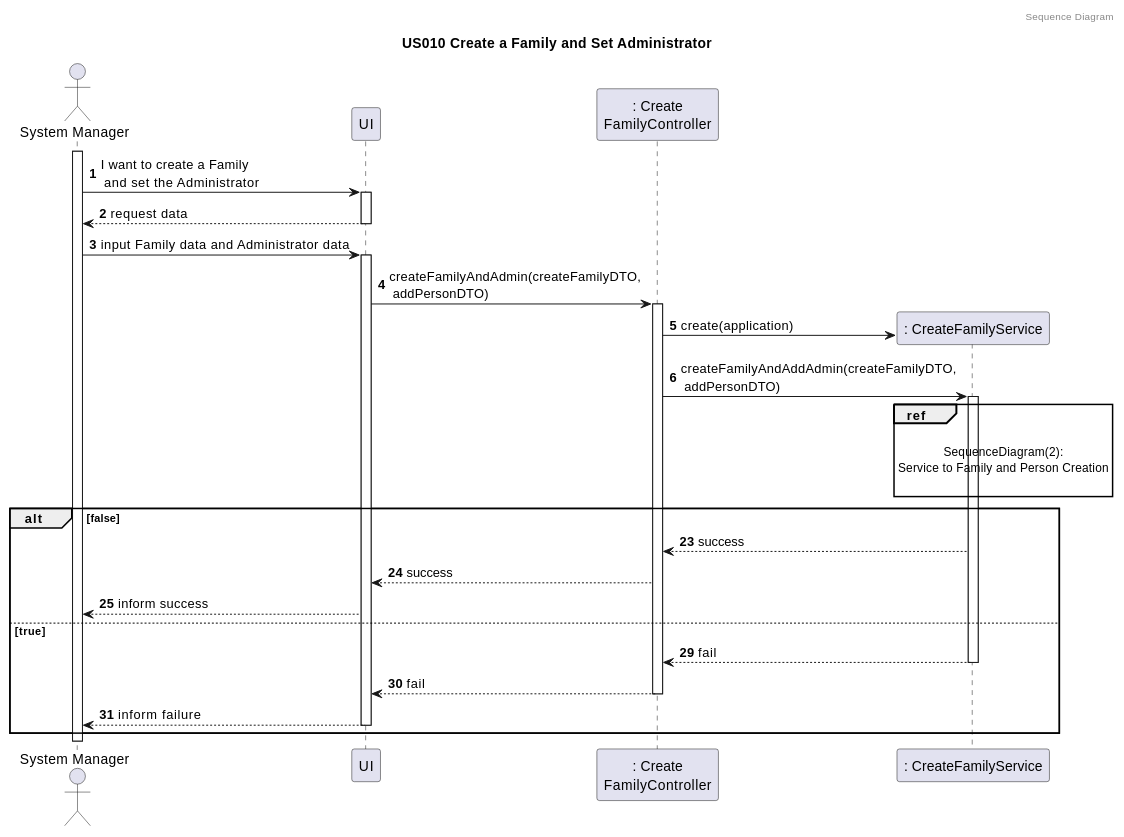
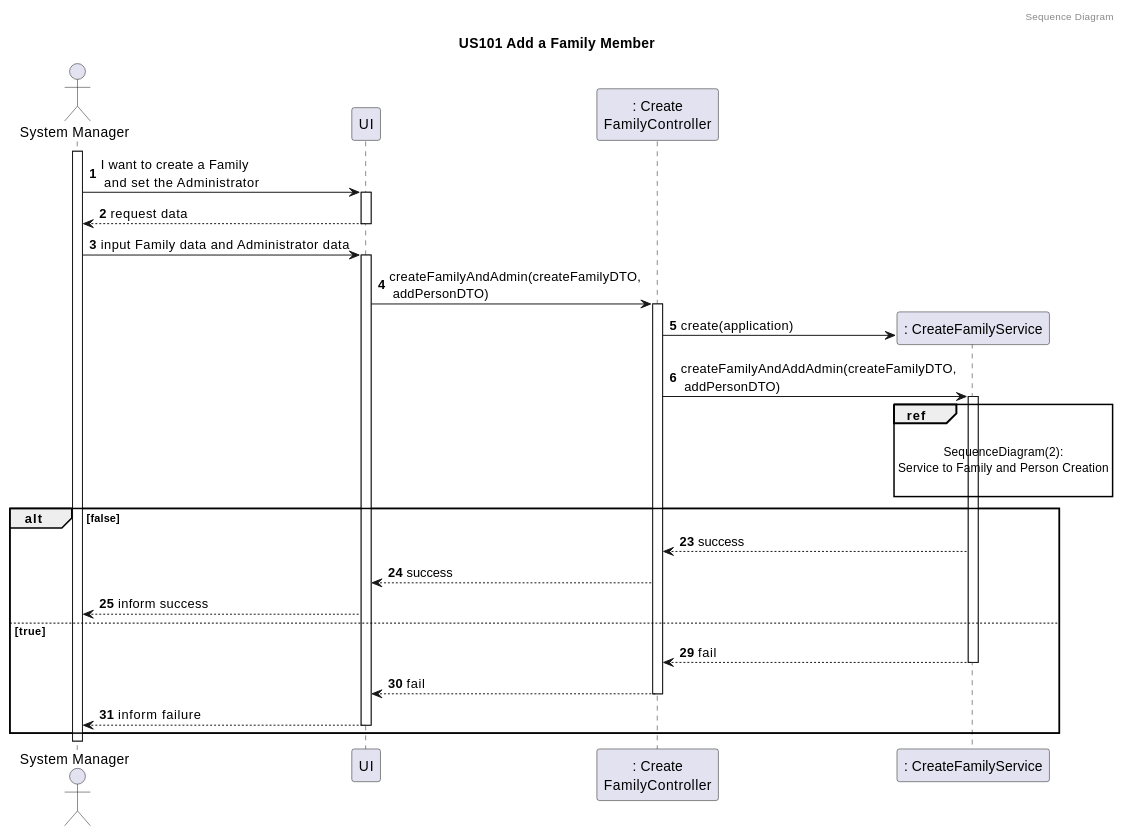
The third of 5 diagrams in docs/sprint3/user_stories/US101_AddFamilyMember.md (tomas-osswald/switch_2020_g3), drawn with PlantUML before and after one commit. The commit also changed other lines of this file and 4 other files, not shown here.

`````diff
--- a/docs/sprint3/user_stories/US101_AddFamilyMember.md
+++ b/docs/sprint3/user_stories/US101_AddFamilyMember.md
@@ -149,52 +142,52 @@
 ````puml
 @startuml
 
 autonumber
 header Sequence Diagram
-title US010 Create a Family and Set Administrator
+title US101 Add a Family Member
 
 actor "System Manager" as systemManager
 participant "UI" as UI
 participant ": Create\nFamilyController" as controller
 participant ": CreateFamilyService" as FamAdminService
 activate systemManager
 systemManager -> UI: I want to create a Family \n and set the Administrator
 activate UI
 return request data
 systemManager -> UI : input Family data and Administrator data
 activate UI
 UI -> controller : createFamilyAndAdmin(createFamilyDTO,\n addPersonDTO)
 activate controller
 controller -> FamAdminService** : create(application)
 controller -> FamAdminService : createFamilyAndAddAdmin(createFamilyDTO,\n addPersonDTO)
 activate FamAdminService
 
 ref over FamAdminService
 
 SequenceDiagram(2):
 Service to Family and Person Creation
 
 end
 
 alt #transparent false
 autonumber 23
 
 FamAdminService --> controller : success
 controller --> UI : success
 UI --> systemManager : inform success
 
 else true
 autonumber 29
 
 FamAdminService --> controller : fail
 deactivate FamAdminService
 
 controller --> UI : fail
 deactivate controller
 UI --> systemManager : inform failure
 deactivate UI
 
 
 end
 @enduml
 ````
`````
